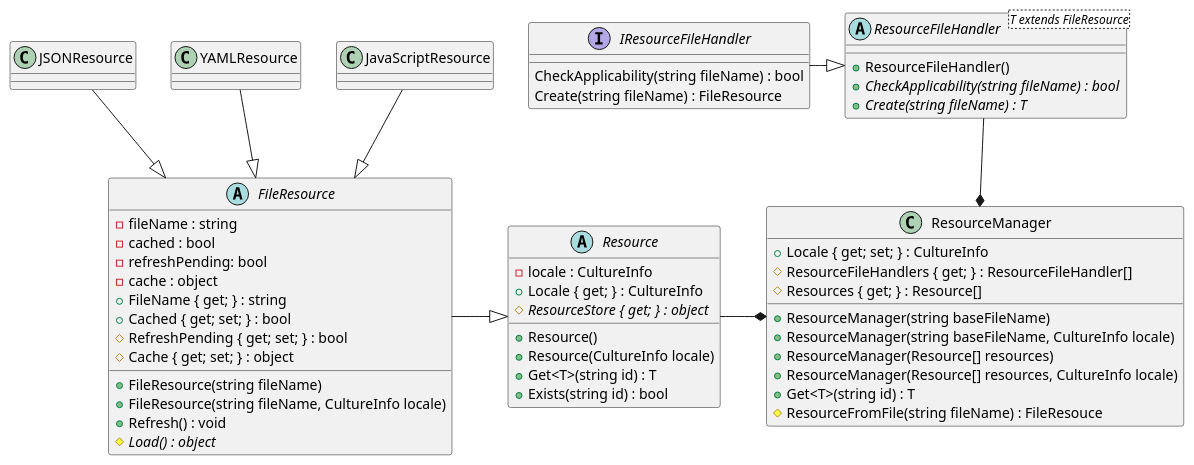
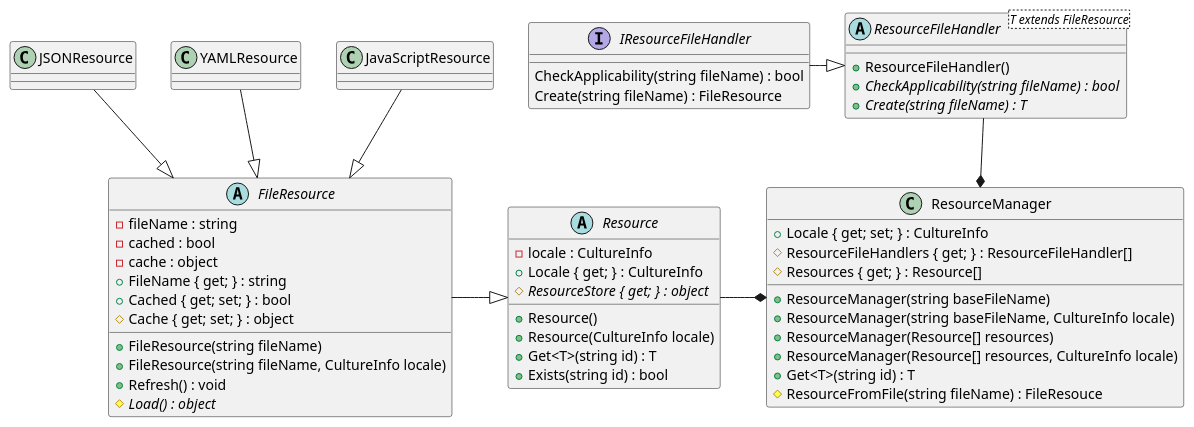
The diagram in docs/ClassDiagram.wsd (manuth/ResourceManager.js), drawn with PlantUML before and after one commit.

Commit message:
Adjust the class-diagram

```diff
--- a/docs/ClassDiagram.wsd
+++ b/docs/ClassDiagram.wsd
@@ -1,74 +1,72 @@
 @startuml ResourceManager.js
 interface IResourceFileHandler
 {
     CheckApplicability(string fileName) : bool
     Create(string fileName) : FileResource
 }
 
 abstract class ResourceFileHandler<T extends FileResource>
 {
     + ResourceFileHandler()
     + {abstract} CheckApplicability(string fileName) : bool
     + {abstract} Create(string fileName) : T
 }
 
 abstract class Resource
 {
     - locale : CultureInfo
     + Resource()
     + Resource(CultureInfo locale)
     + Locale { get; } : CultureInfo
     # {abstract} ResourceStore { get; } : object
     + Get<T>(string id) : T
     + Exists(string id) : bool
 }
 
 class ResourceManager
 {
     + ResourceManager(string baseFileName)
     + ResourceManager(string baseFileName, CultureInfo locale)
     + ResourceManager(Resource[] resources)
     + ResourceManager(Resource[] resources, CultureInfo locale)
     + Locale { get; set; } : CultureInfo
     # ResourceFileHandlers { get; } : ResourceFileHandler[]
     # Resources { get; } : Resource[]
     + Get<T>(string id) : T
     # ResourceFromFile(string fileName) : FileResouce
 }
 
 abstract class FileResource
 {
     - fileName : string
     - cached : bool
-    - refreshPending: bool
     - cache : object
     + FileResource(string fileName)
     + FileResource(string fileName, CultureInfo locale)
     + FileName { get; } : string
     + Cached { get; set; } : bool
-    # RefreshPending { get; set; } : bool
     # Cache { get; set; } : object
     + Refresh() : void
     # {abstract} Load() : object
 }
 
 class JSONResource
 {
 }
 
 class YAMLResource
 {
 }
 
 class JavaScriptResource
 {
 }
 
 JSONResource --|> FileResource
 YAMLResource --|> FileResource
 JavaScriptResource --|> FileResource
 FileResource -|> Resource
 Resource -* ResourceManager
 IResourceFileHandler -|> ResourceFileHandler
 ResourceFileHandler --* ResourceManager
 @enduml
```
